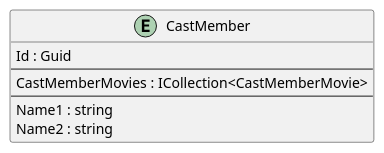
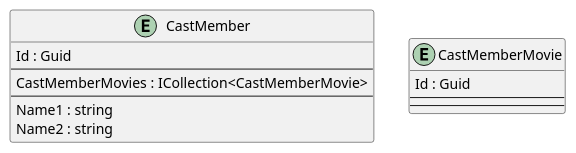
Before and after one commit to intrepion/BlazorWebAppMovies: the diagram in .docs/BlazorWebAppMovies.pu, drawn with PlantUML.

```diff
--- a/.docs/BlazorWebAppMovies.pu
+++ b/.docs/BlazorWebAppMovies.pu
@@ -1,18 +1,26 @@
 @startuml
 
 entity CastMember {
     Id : Guid
     --
     CastMemberMovies : ICollection<CastMemberMovie>
     ' CastMemberKeyCodePlaceholder
     --
     Name1 : string
     Name2 : string
     ' CastMemberPropertyCodePlaceholder
 }
 
+entity CastMemberMovie {
+    Id : Guid
+    --
+    ' CastMemberMovieKeyCodePlaceholder
+    --
+    ' CastMemberMoviePropertyCodePlaceholder
+}
+
 ' EntityCodePlaceholder
 
 ' RelationshipCodePlaceholder
 
 @enduml
```
